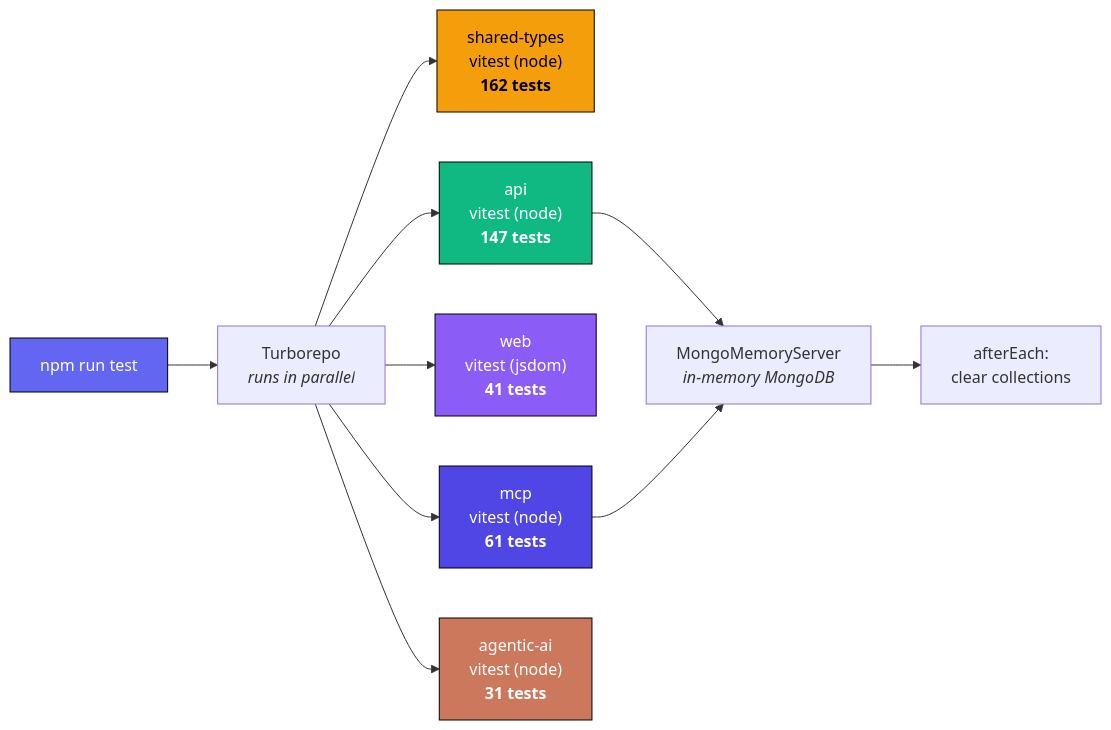
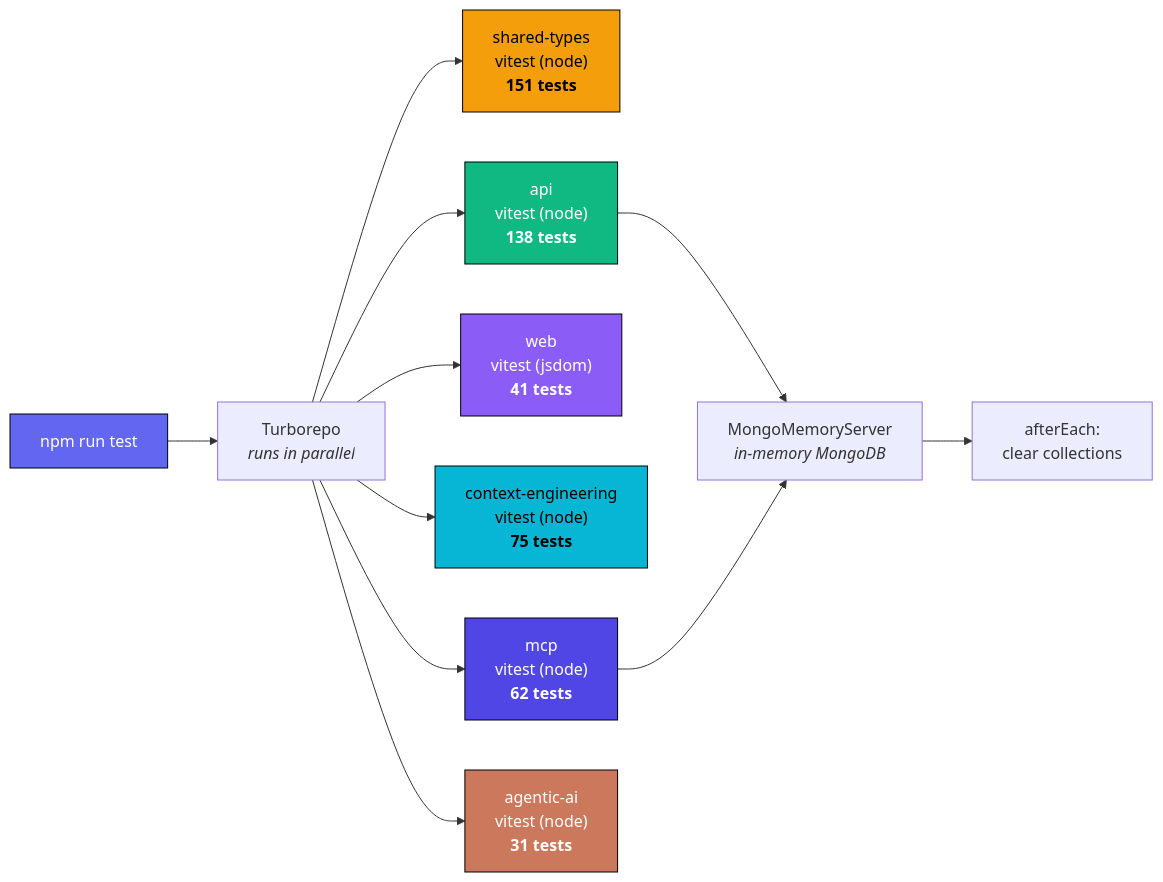
One commit to hoangsonww/WealthWise-Finance-Tracker changed diagram 28 of 28 in ARCHITECTURE.md. Above: the diagram before and after it, drawn with Mermaid. The commit also changed other lines of this file and 50 other files, not shown here.

Commit message:
feat(context): enhance context integration for user-specific financial prompts and architecture documentation

````diff
--- a/ARCHITECTURE.md
+++ b/ARCHITECTURE.md
@@ -1086,21 +1154,23 @@
 ```mermaid
 graph LR
     CMD["npm run test"] --> TURBO["Turborepo<br/><i>runs in parallel</i>"]
 
-    TURBO --> ST_TEST["shared-types<br/>vitest (node)<br/><b>162 tests</b>"]
-    TURBO --> API_TEST["api<br/>vitest (node)<br/><b>147 tests</b>"]
+    TURBO --> ST_TEST["shared-types<br/>vitest (node)<br/><b>151 tests</b>"]
+    TURBO --> API_TEST["api<br/>vitest (node)<br/><b>138 tests</b>"]
     TURBO --> WEB_TEST["web<br/>vitest (jsdom)<br/><b>41 tests</b>"]
-    TURBO --> MCP_TEST["mcp<br/>vitest (node)<br/><b>61 tests</b>"]
+    TURBO --> CE_TEST["context-engineering<br/>vitest (node)<br/><b>75 tests</b>"]
+    TURBO --> MCP_TEST["mcp<br/>vitest (node)<br/><b>62 tests</b>"]
     TURBO --> AI_TEST["agentic-ai<br/>vitest (node)<br/><b>31 tests</b>"]
 
     API_TEST --> MMS["MongoMemoryServer<br/><i>in-memory MongoDB</i>"]
     MCP_TEST --> MMS
     MMS --> CLEAN["afterEach:<br/>clear collections"]
 
     style CMD fill:#6366f1,stroke:#000,color:#fff
     style ST_TEST fill:#f59e0b,stroke:#000,color:#000
     style API_TEST fill:#10b981,stroke:#000,color:#fff
     style WEB_TEST fill:#8b5cf6,stroke:#000,color:#fff
+    style CE_TEST fill:#06b6d4,stroke:#000,color:#000
     style MCP_TEST fill:#4f46e5,stroke:#000,color:#fff
     style AI_TEST fill:#cc785c,stroke:#000,color:#fff
 ```
````
